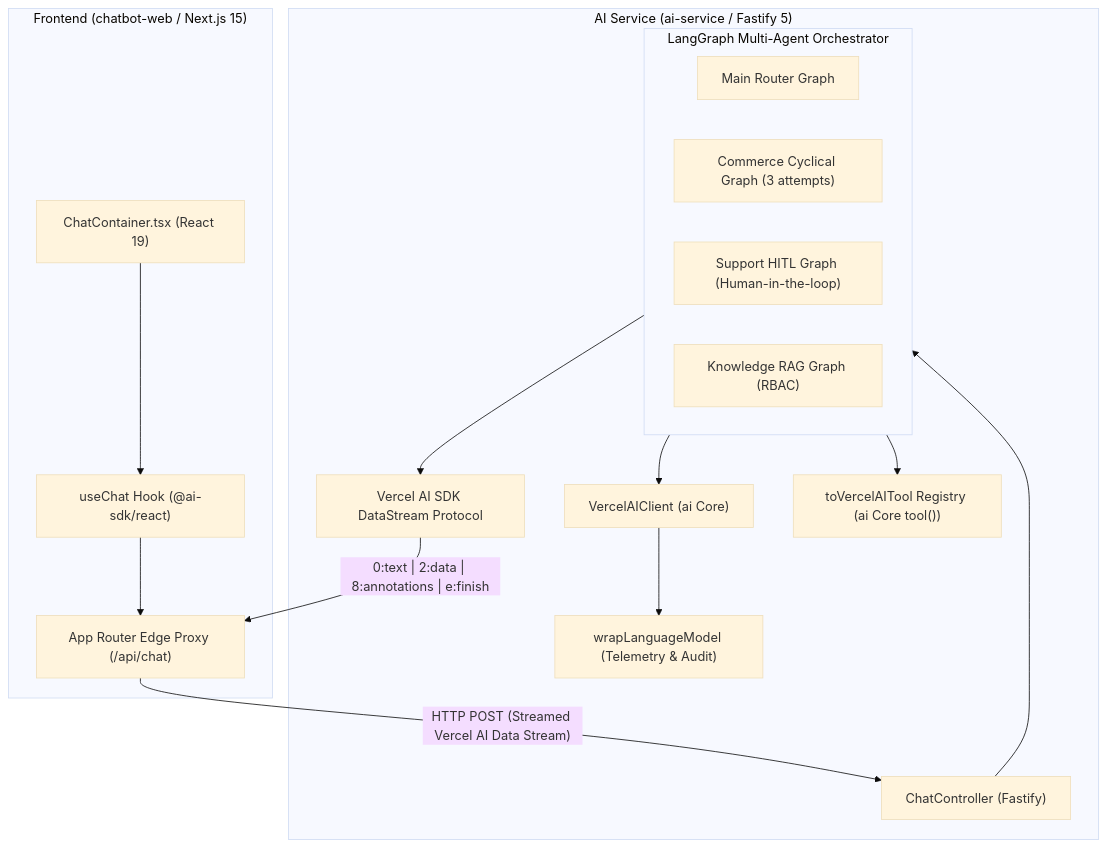
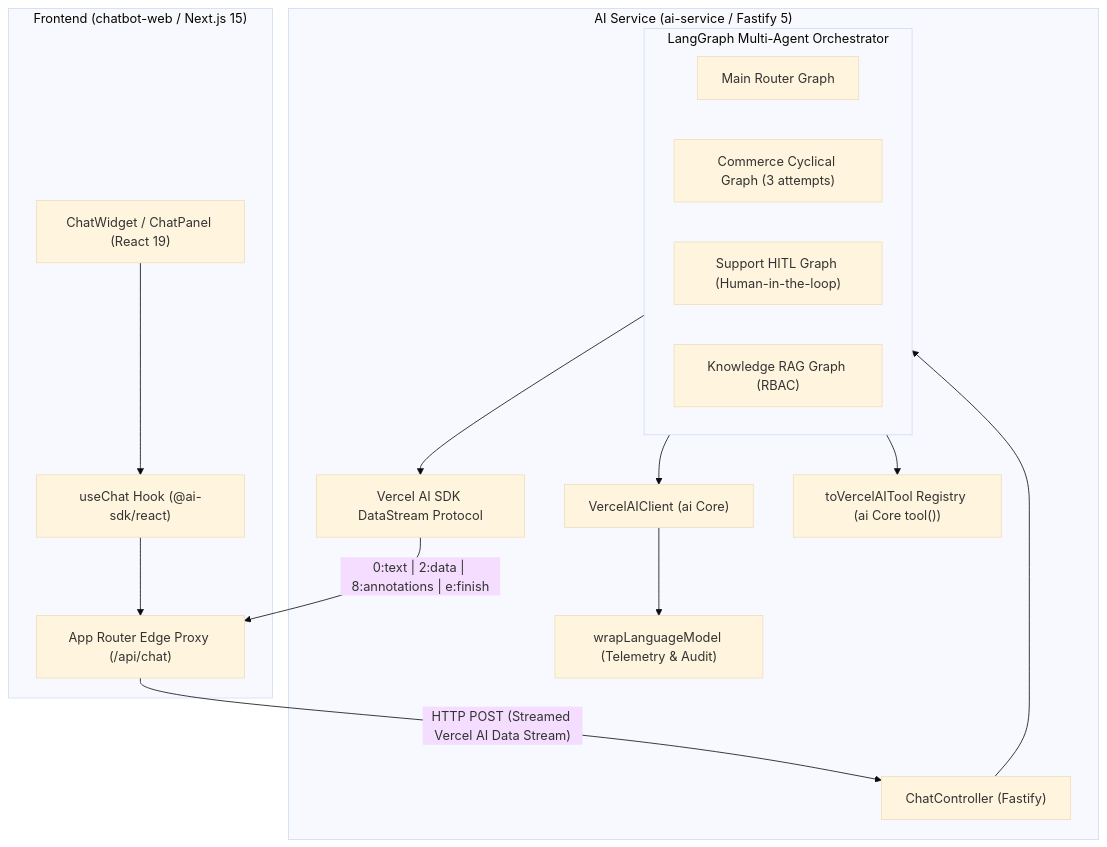
Before and after one commit to yogesh-suthar-nviz/ai-langgraph-chatbot-service: the diagram in docs/vercel-ai-sdk-enterprise.md, drawn with Mermaid (base theme). The commit also changed 28 other files, not shown here.

````diff
--- a/docs/vercel-ai-sdk-enterprise.md
+++ b/docs/vercel-ai-sdk-enterprise.md
@@ -9,35 +9,35 @@
 ```mermaid
 flowchart TD
     subgraph Client ["Frontend (chatbot-web / Next.js 15)"]
-        UI["ChatContainer.tsx (React 19)"]
+        UI["ChatWidget / ChatPanel (React 19)"]
         UseChat["useChat Hook (@ai-sdk/react)"]
         Route["App Router Edge Proxy (/api/chat)"]
         UI --> UseChat
         UseChat --> Route
     end
 
     subgraph Service ["AI Service (ai-service / Fastify 5)"]
         ChatCtrl["ChatController (Fastify)"]
         Streamer["Vercel AI SDK DataStream Protocol"]
         VercelClient["VercelAIClient (ai Core)"]
         Middleware["wrapLanguageModel (Telemetry & Audit)"]
         
         subgraph Graph ["LangGraph Multi-Agent Orchestrator"]
             MainG["Main Router Graph"]
             CommG["Commerce Cyclical Graph (3 attempts)"]
             SuppG["Support HITL Graph (Human-in-the-loop)"]
             KnowG["Knowledge RAG Graph (RBAC)"]
         end
 
         Tools["toVercelAITool Registry (ai Core tool())"]
         
         ChatCtrl --> Graph
         Graph --> VercelClient
         VercelClient --> Middleware
         Graph --> Tools
         Graph --> Streamer
     end
 
     Route -- "HTTP POST (Streamed Vercel AI Data Stream)" --> ChatCtrl
     Streamer -- "0:text | 2:data | 8:annotations | e:finish" --> Route
 ```
````
